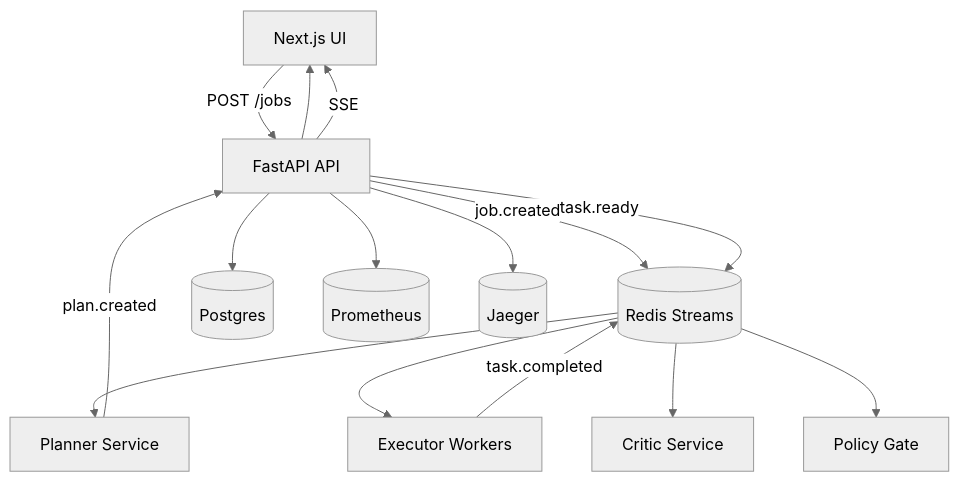
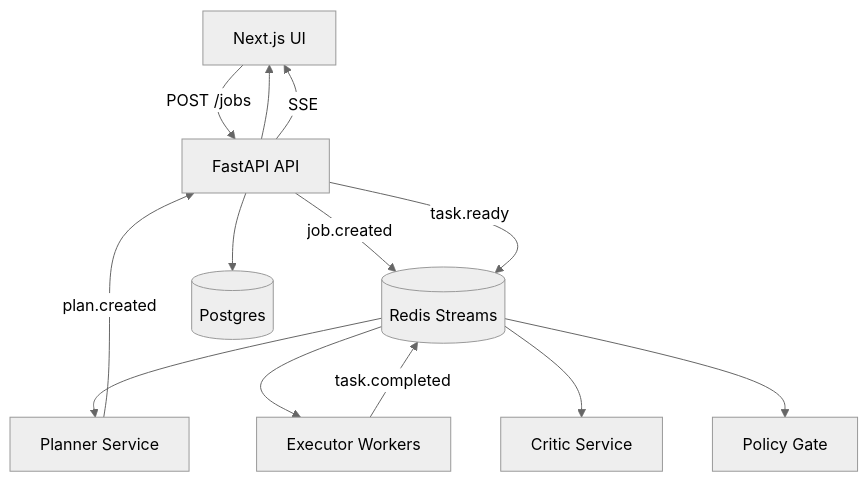
The diagram in README.md (narendersurabhi/planner-executer-agentic-platform), drawn with Mermaid (neutral theme) before and after one commit. The commit also changed other lines of this file, not shown here.

````diff
--- a/README.md
+++ b/README.md
@@ -35,17 +18,15 @@
 ```mermaid
 graph TD
   UI[Next.js UI] -->|POST /jobs| API[FastAPI API]
   API -->|job.created| Redis[(Redis Streams)]
   Redis --> Planner[Planner Service]
   Planner -->|plan.created| API
   API -->|task.ready| Redis
   Redis --> Worker[Executor Workers]
   Worker -->|task.completed| Redis
   Redis --> Critic[Critic Service]
   Redis --> Policy[Policy Gate]
   API --> UI
   API -->|SSE| UI
   API --> Postgres[(Postgres)]
-  API --> Prometheus[(Prometheus)]
-  API --> Jaeger[(Jaeger)]
 ```
````
